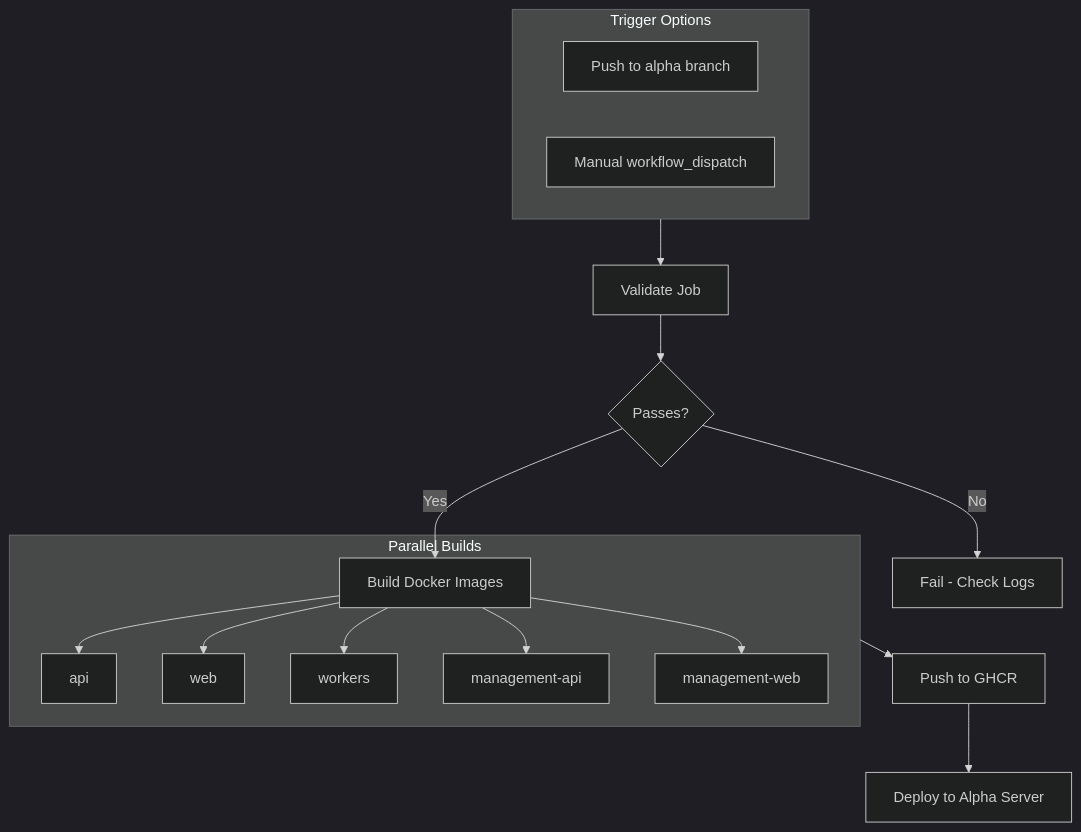
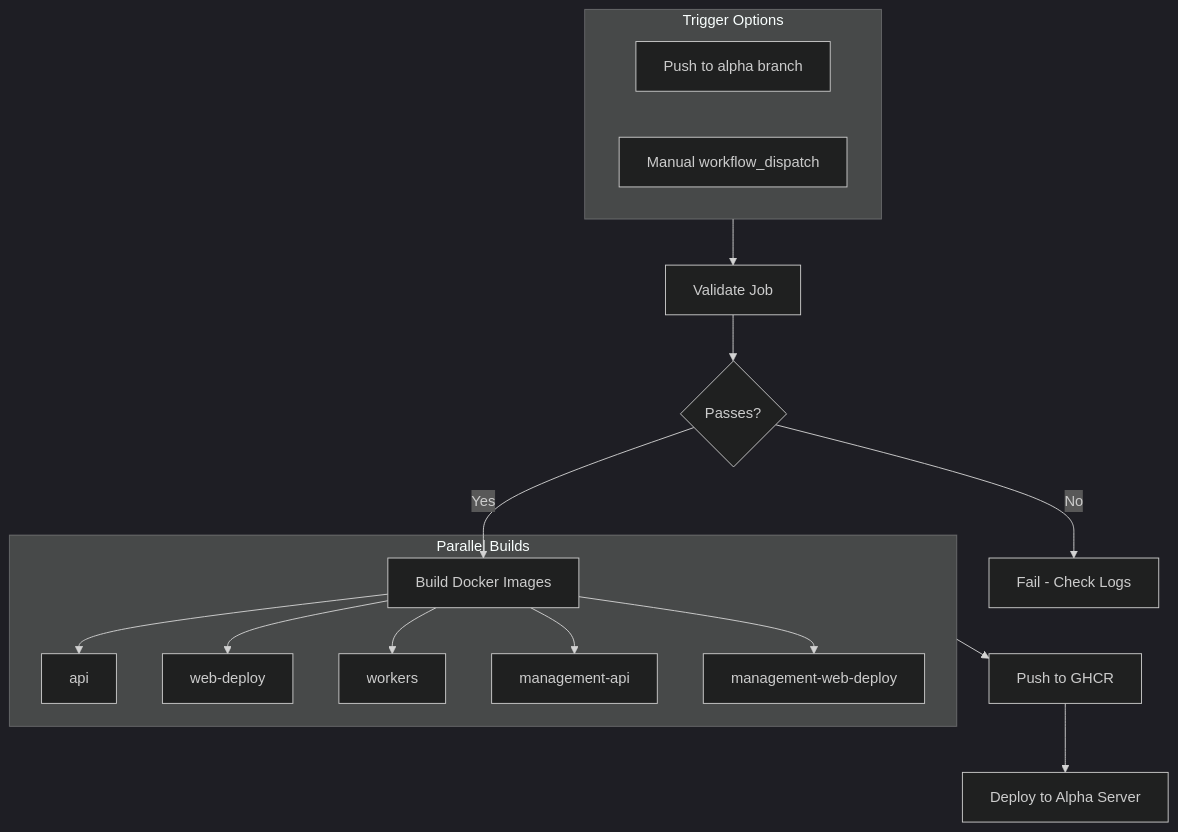
Before and after one commit to podverse/podverse: the diagram in docs/ALPHA-DEPLOYMENT.md, drawn with Mermaid (dark theme). The commit also changed other lines of this file and 1 other file, not shown here.

````diff
--- a/docs/ALPHA-DEPLOYMENT.md
+++ b/docs/ALPHA-DEPLOYMENT.md
@@ -14,23 +14,23 @@
 ```mermaid
 flowchart TD
     subgraph trigger [Trigger Options]
         A[Push to alpha branch]
         B[Manual workflow_dispatch]
     end
     
     trigger --> C[Validate Job]
     C --> D{Passes?}
     D -->|No| E[Fail - Check Logs]
     D -->|Yes| F[Build Docker Images]
     
     subgraph parallel [Parallel Builds]
         F --> G[api]
-        F --> H[web]
+        F --> H[web-deploy]
         F --> I[workers]
         F --> J[management-api]
-        F --> K[management-web]
+        F --> K[management-web-deploy]
     end
     
     parallel --> L[Push to GHCR]
     L --> M[Deploy to Alpha Server]
 ```
````
